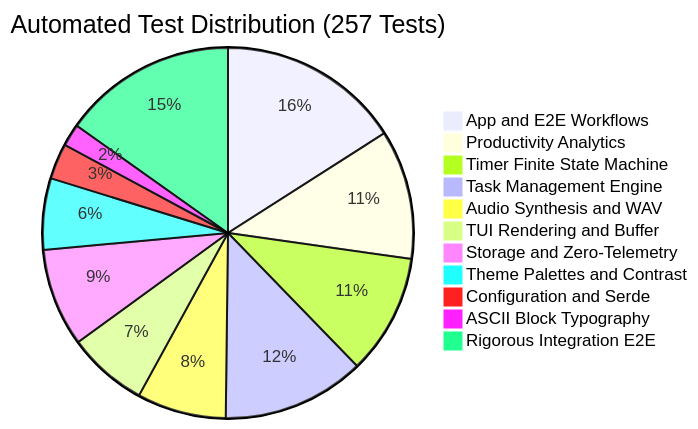
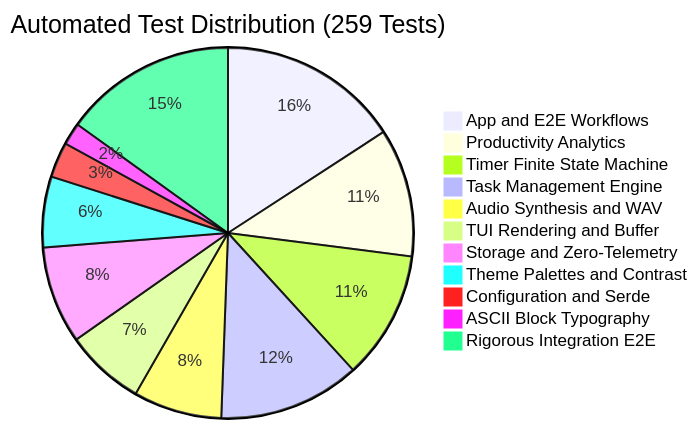
The fourth of 4 diagrams in System_design.md (amanalip/Termodoro), drawn with Mermaid before and after one commit. The commit also changed other lines of this file and 13 other files, not shown here.

````diff
--- a/System_design.md
+++ b/System_design.md
@@ -337,14 +337,14 @@
 ```mermaid
-pie title Automated Test Distribution (257 Tests)
+pie title Automated Test Distribution (259 Tests)
     "App and E2E Workflows" : 41
     "Productivity Analytics" : 29
-    "Timer Finite State Machine" : 27
+    "Timer Finite State Machine" : 29
     "Task Management Engine" : 32
     "Audio Synthesis and WAV" : 20
     "TUI Rendering and Buffer" : 18
     "Storage and Zero-Telemetry" : 22
     "Theme Palettes and Contrast" : 16
     "Configuration and Serde" : 8
     "ASCII Block Typography" : 5
     "Rigorous Integration E2E" : 39
 ```
````
